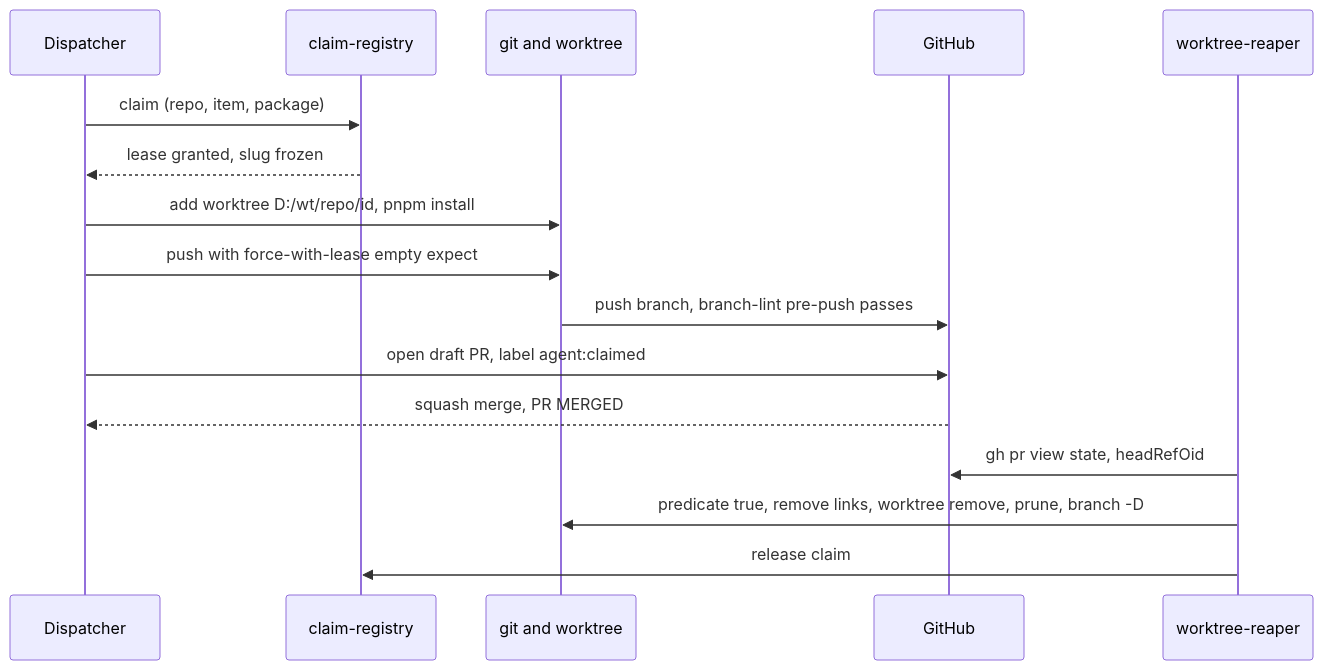
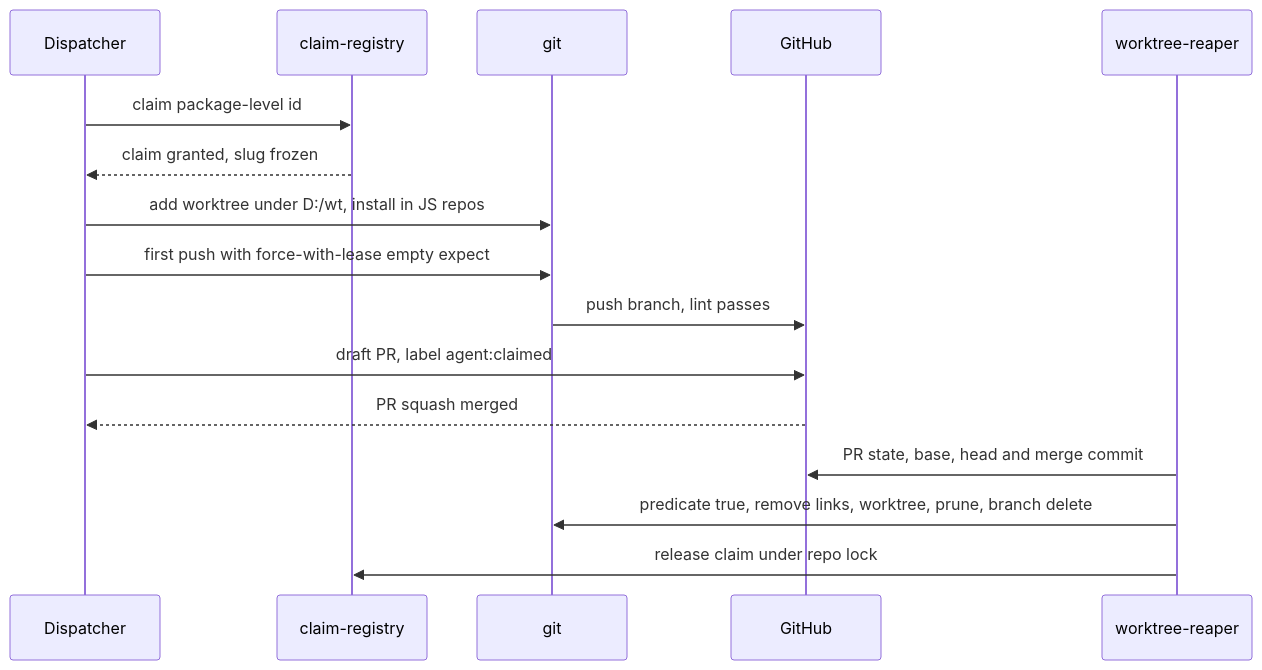
One commit to sibulus13/claudence changed the third of 4 diagrams in docs/work/branch-conventions/architecture.md. Above: the diagram before and after it, drawn with Mermaid. The commit also changed other lines of this file and 9 other files, not shown here.

First line of the commit message:
docs(work): branch-conventions fix round; worktree-reaper child item; gap-ledger checks

````diff
--- a/docs/work/branch-conventions/architecture.md
+++ b/docs/work/branch-conventions/architecture.md
@@ -51,18 +53,18 @@
 ```mermaid
 sequenceDiagram
   participant D as Dispatcher
   participant R as claim-registry
-  participant G as git and worktree
+  participant G as git
   participant H as GitHub
   participant P as worktree-reaper
-  D->>R: claim (repo, item, package)
-  R-->>D: lease granted, slug frozen
-  D->>G: add worktree D:/wt/repo/id, pnpm install
-  D->>G: push with force-with-lease empty expect
-  G->>H: push branch, branch-lint pre-push passes
-  D->>H: open draft PR, label agent:claimed
-  H-->>D: squash merge, PR MERGED
-  P->>H: gh pr view state, headRefOid
-  P->>G: predicate true, remove links, worktree remove, prune, branch -D
-  P->>R: release claim
+  D->>R: claim package-level id
+  R-->>D: claim granted, slug frozen
+  D->>G: add worktree under D:/wt, install in JS repos
+  D->>G: first push with force-with-lease empty expect
+  G->>H: push branch, lint passes
+  D->>H: draft PR, label agent:claimed
+  H-->>D: PR squash merged
+  P->>H: PR state, base, head and merge commit
+  P->>G: predicate true, remove links, worktree, prune, branch delete
+  P->>R: release claim under repo lock
 ```
````
